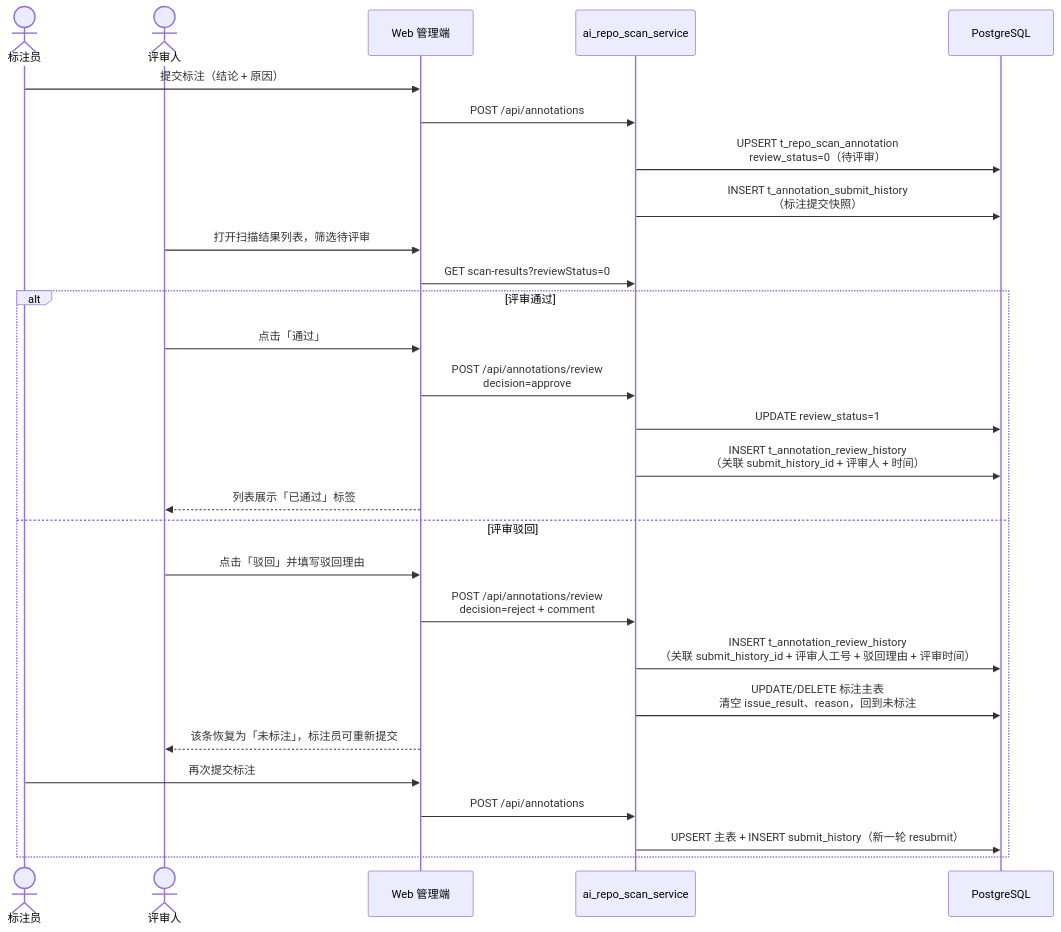
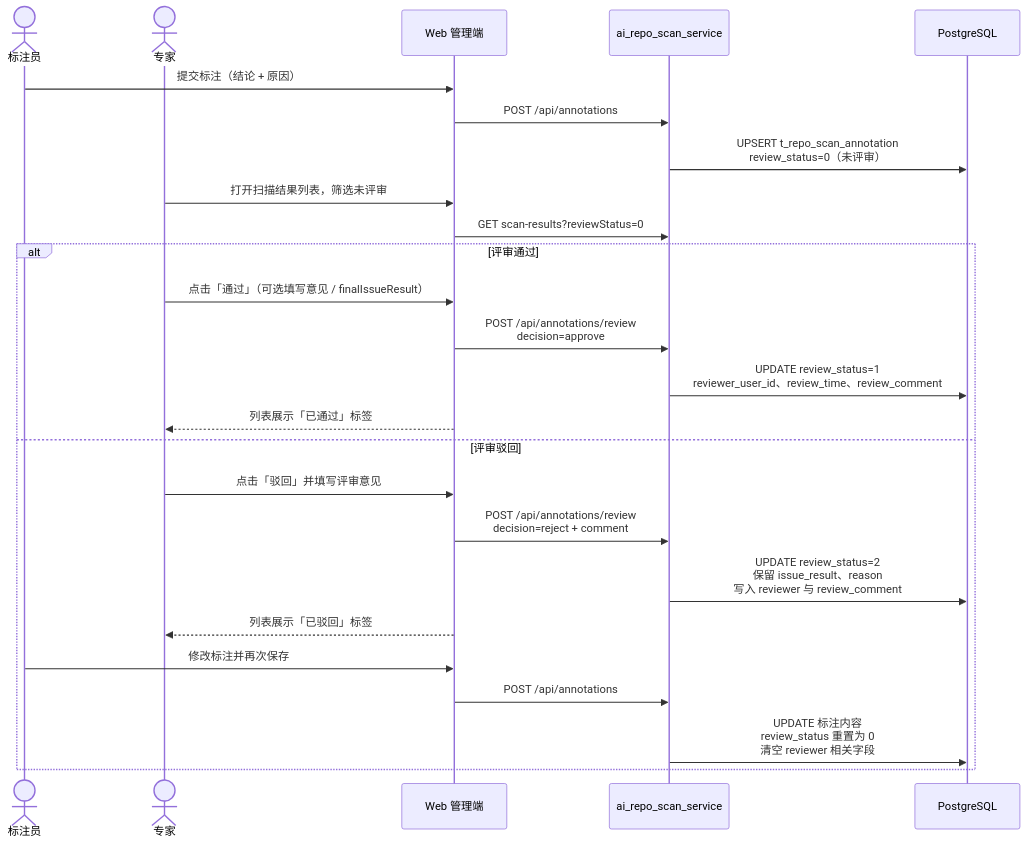
One commit to BeaconLin/aiRepoScan-hw changed the fourth of 6 diagrams in 设计文档.md. Above: the diagram before and after it, drawn with Mermaid. The commit also changed other lines of this file and 11 other files, not shown here.

````diff
--- a/设计文档.md
+++ b/设计文档.md
@@ -211,31 +211,28 @@
 ```mermaid
 sequenceDiagram
     actor Annotator as 标注员
-    actor Reviewer as 评审人
+    actor Expert as 专家
     participant Web as Web 管理端
     participant API as ai_repo_scan_service
     participant PG as PostgreSQL
 
     Annotator->>Web: 提交标注（结论 + 原因）
     Web->>API: POST /api/annotations
-    API->>PG: UPSERT t_repo_scan_annotation<br/>review_status=0（待评审）
-    API->>PG: INSERT t_annotation_submit_history<br/>（标注提交快照）
-    Reviewer->>Web: 打开扫描结果列表，筛选待评审
+    API->>PG: UPSERT t_repo_scan_annotation<br/>review_status=0（未评审）
+    Expert->>Web: 打开扫描结果列表，筛选未评审
     Web->>API: GET scan-results?reviewStatus=0
     alt 评审通过
-        Reviewer->>Web: 点击「通过」
+        Expert->>Web: 点击「通过」（可选填写意见 / finalIssueResult）
         Web->>API: POST /api/annotations/review<br/>decision=approve
-        API->>PG: UPDATE review_status=1
-        API->>PG: INSERT t_annotation_review_history<br/>（关联 submit_history_id + 评审人 + 时间）
-        Web-->>Reviewer: 列表展示「已通过」标签
+        API->>PG: UPDATE review_status=1<br/>reviewer_user_id、review_time、review_comment
+        Web-->>Expert: 列表展示「已通过」标签
     else 评审驳回
-        Reviewer->>Web: 点击「驳回」并填写驳回理由
+        Expert->>Web: 点击「驳回」并填写评审意见
         Web->>API: POST /api/annotations/review<br/>decision=reject + comment
-        API->>PG: INSERT t_annotation_review_history<br/>（关联 submit_history_id + 评审人工号 + 驳回理由 + 评审时间）
-        API->>PG: UPDATE/DELETE 标注主表<br/>清空 issue_result、reason，回到未标注
-        Web-->>Reviewer: 该条恢复为「未标注」，标注员可重新提交
-        Annotator->>Web: 再次提交标注
+        API->>PG: UPDATE review_status=2<br/>保留 issue_result、reason<br/>写入 reviewer 与 review_comment
+        Web-->>Expert: 列表展示「已驳回」标签
+        Annotator->>Web: 修改标注并再次保存
         Web->>API: POST /api/annotations
-        API->>PG: UPSERT 主表 + INSERT submit_history（新一轮 resubmit）
+        API->>PG: UPDATE 标注内容<br/>review_status 重置为 0<br/>清空 reviewer 相关字段
     end
 ```
````
